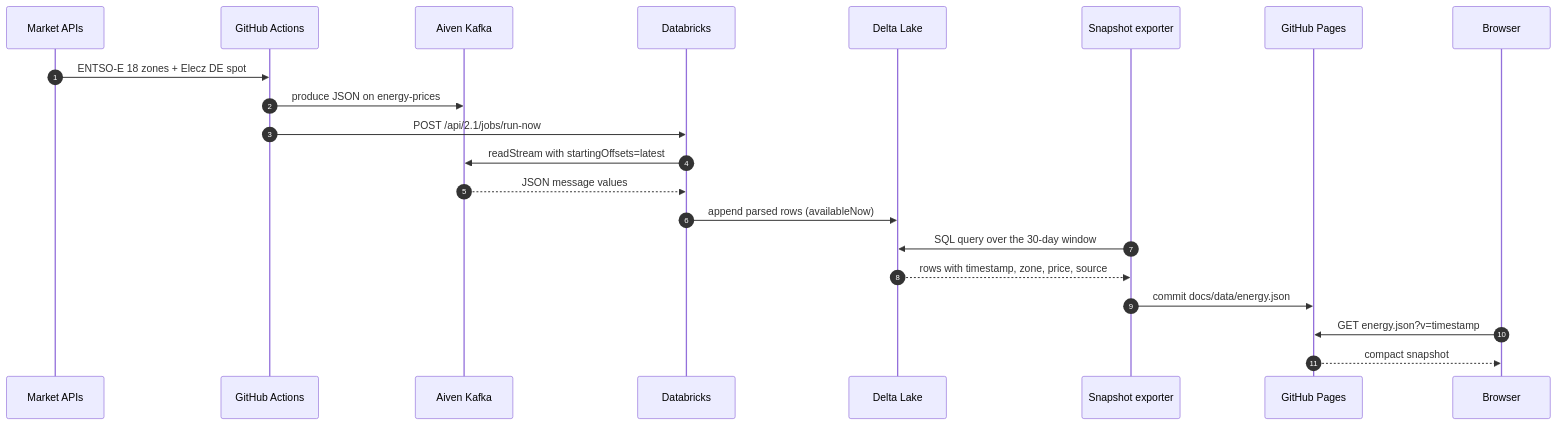
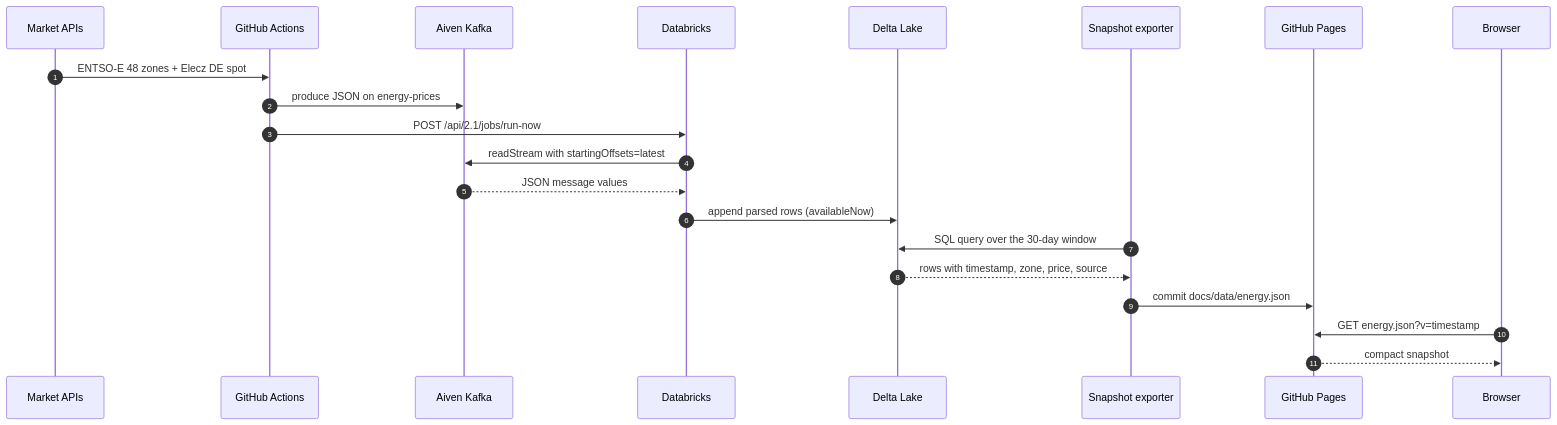
One commit to mdsarfarazalam840/Energy-realtime changed the second of 3 diagrams in README.md. Above: the diagram before and after it, drawn with Mermaid. The commit also changed other lines of this file and 9 other files, not shown here.

First line of the commit message:
feat: expand ENTSO-E to 48 zones with per-zone dashboard lanes

````diff
--- a/README.md
+++ b/README.md
@@ -197,24 +197,24 @@
 ```mermaid
 sequenceDiagram
   autonumber
   participant SRC as Market APIs
   participant GH as GitHub Actions
   participant K as Aiven Kafka
   participant DBX as Databricks
   participant DLT as Delta Lake
   participant EXP as Snapshot exporter
   participant PGS as GitHub Pages
   participant UI as Browser
 
-  SRC->>GH: ENTSO-E 18 zones + Elecz DE spot
+  SRC->>GH: ENTSO-E 48 zones + Elecz DE spot
   GH->>K: produce JSON on energy-prices
   GH->>DBX: POST /api/2.1/jobs/run-now
   DBX->>K: readStream with startingOffsets=latest
   K-->>DBX: JSON message values
   DBX->>DLT: append parsed rows (availableNow)
   EXP->>DLT: SQL query over the 30-day window
   DLT-->>EXP: rows with timestamp, zone, price, source
   EXP->>PGS: commit docs/data/energy.json
   UI->>PGS: GET energy.json?v=timestamp
   PGS-->>UI: compact snapshot
 ```
````
